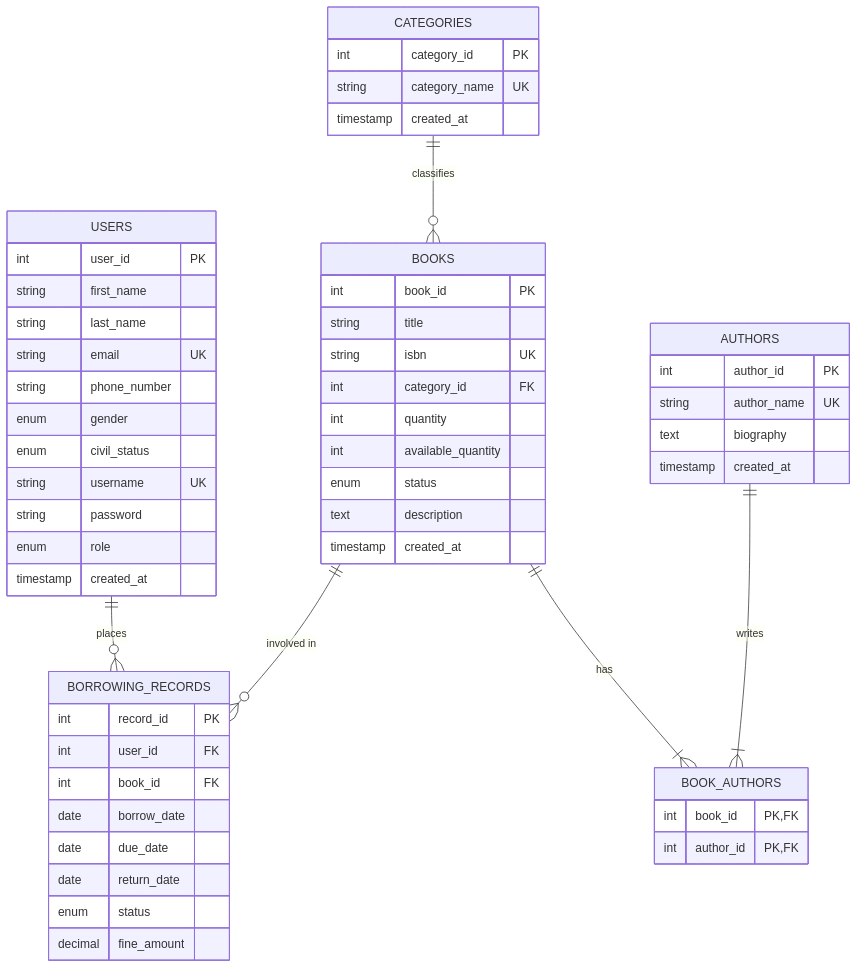
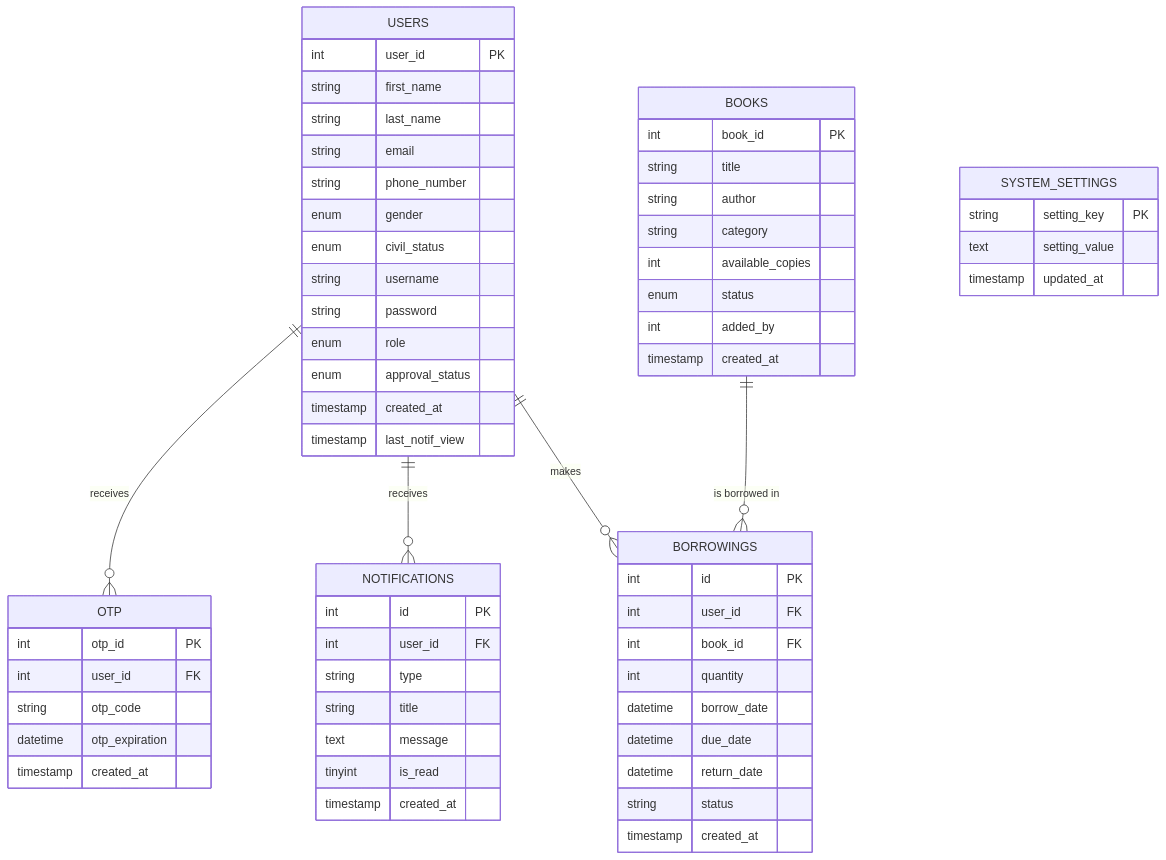
The diagram in artifact/ERM.md (Zeeko-coder/Library-Management-Rewrite), drawn with Mermaid before and after one commit. The commit also changed other lines of this file and 2972 other files, not shown here.

````diff
--- a/artifact/ERM.md
+++ b/artifact/ERM.md
@@ -5,63 +7,70 @@
 ```mermaid
 erDiagram
-    USERS ||--o{ BORROWING_RECORDS : "places"
-    BOOKS ||--o{ BORROWING_RECORDS : "involved in"
-    CATEGORIES ||--o{ BOOKS : "classifies"
-    BOOKS ||--|{ BOOK_AUTHORS : "has"
-    AUTHORS ||--|{ BOOK_AUTHORS : "writes"
-
+    USERS ||--o{ OTP : "receives"
+    USERS ||--o{ NOTIFICATIONS : "receives"
+    USERS ||--o{ BORROWINGS : "makes"
+    BOOKS ||--o{ BORROWINGS : "is borrowed in"
+    
     USERS {
         int user_id PK
         string first_name
         string last_name
-        string email UK
+        string email
         string phone_number
         enum gender
         enum civil_status
-        string username UK
+        string username
         string password
         enum role
+        enum approval_status
+        timestamp created_at
+        timestamp last_notif_view
+    }
+    
+    OTP {
+        int otp_id PK
+        int user_id FK
+        string otp_code
+        datetime otp_expiration
         timestamp created_at
     }
-
+    
+    SYSTEM_SETTINGS {
+        string setting_key PK
+        text setting_value
+        timestamp updated_at
+    }
+    
+    NOTIFICATIONS {
+        int id PK
+        int user_id FK
+        string type
+        string title
+        text message
+        tinyint is_read
+        timestamp created_at
+    }
+    
     BOOKS {
         int book_id PK
         string title
-        string isbn UK
-        int category_id FK
-        int quantity
-        int available_quantity
+        string author
+        string category
+        int available_copies
         enum status
-        text description
+        int added_by
         timestamp created_at
     }
-
-    CATEGORIES {
-        int category_id PK
-        string category_name UK
+    
+    BORROWINGS {
+        int id PK
+        int user_id FK
+        int book_id FK
+        int quantity
+        datetime borrow_date
+        datetime due_date
+        datetime return_date
+        string status
         timestamp created_at
     }
-
-    AUTHORS {
-        int author_id PK
-        string author_name UK
-        text biography
-        timestamp created_at
-    }
-
-    BOOK_AUTHORS {
-        int book_id PK, FK
-        int author_id PK, FK
-    }
-
-    BORROWING_RECORDS {
-        int record_id PK
-        int user_id FK
-        int book_id FK
-        date borrow_date
-        date due_date
-        date return_date
-        enum status
-        decimal fine_amount
-    }
 ```
````
